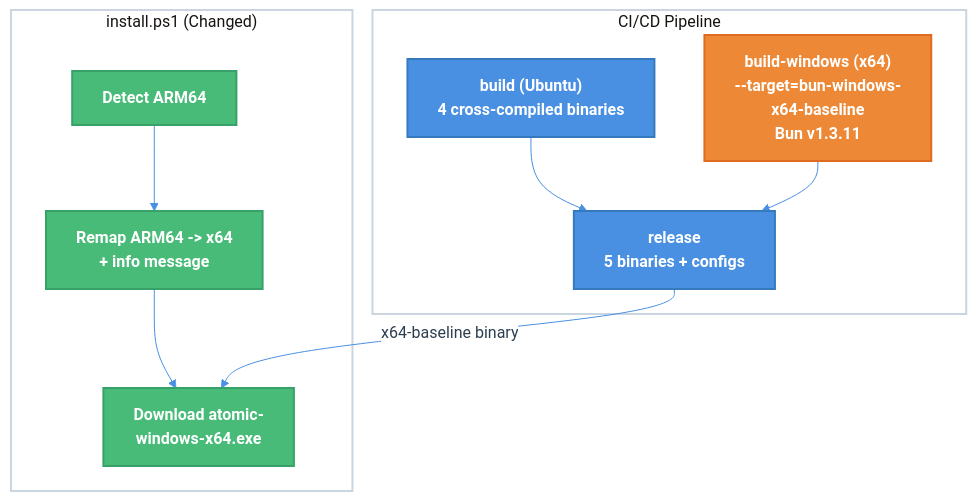
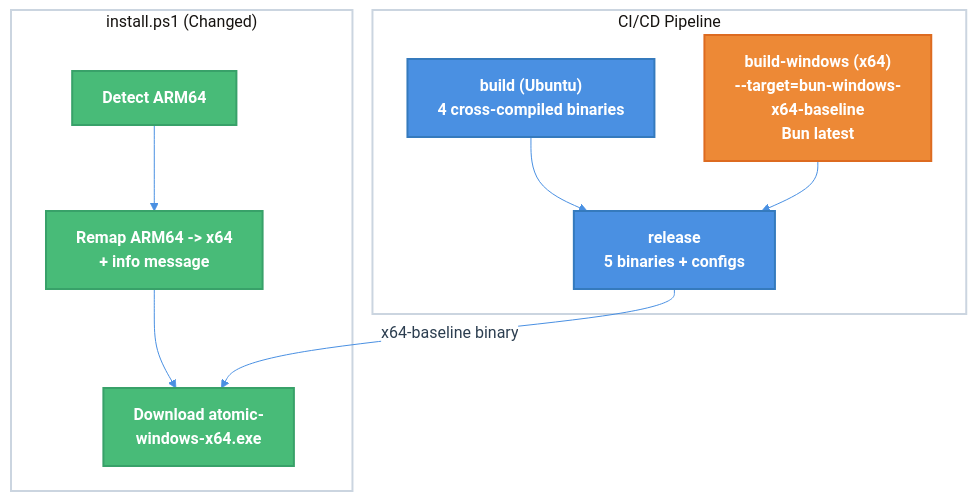
The diagram in specs/windows-arm64-support.md (flora131/atomic), drawn with Mermaid before and after one commit. The commit also changed other lines of this file, not shown here.

First line of the commit message:
docs(spec): update Windows ARM64 spec to reflect latest Bun usage

````diff
--- a/specs/windows-arm64-support.md
+++ b/specs/windows-arm64-support.md
@@ -128,28 +128,28 @@
 ```mermaid
 %%{init: {'theme':'base', 'themeVariables': { 'primaryColor':'#f8f9fa','primaryTextColor':'#2c3e50','primaryBorderColor':'#4a5568','lineColor':'#4a90e2','secondaryColor':'#ffffff','tertiaryColor':'#e9ecef'}}}%%
 
 flowchart TB
     classDef fixed fill:#48bb78,stroke:#38a169,stroke-width:2px,color:#ffffff,font-weight:600
     classDef changed fill:#ed8936,stroke:#dd6b20,stroke-width:2px,color:#ffffff,font-weight:600
     classDef unchanged fill:#4a90e2,stroke:#357abd,stroke-width:2px,color:#ffffff,font-weight:600
 
     subgraph CI["CI/CD Pipeline"]
         Build["build (Ubuntu)<br>4 cross-compiled binaries"]:::unchanged
-        BuildWin["build-windows (x64)<br>--target=bun-windows-<br>x64-baseline<br>Bun v1.3.11"]:::changed
+        BuildWin["build-windows (x64)<br>--target=bun-windows-<br>x64-baseline<br>Bun latest"]:::changed
         Release["release<br>5 binaries + configs"]:::unchanged
         Build --> Release
         BuildWin --> Release
     end
 
     subgraph Installer["install.ps1 (Changed)"]
         Detect["Detect ARM64"]:::fixed
         Remap["Remap ARM64 -> x64<br>+ info message"]:::fixed
         Download["Download atomic-<br>windows-x64.exe"]:::fixed
         Detect --> Remap --> Download
     end
 
     Release -->|"x64-baseline binary"| Download
 
     style CI fill:#ffffff,stroke:#cbd5e0,stroke-width:2px
     style Installer fill:#ffffff,stroke:#cbd5e0,stroke-width:2px
 ```
````
